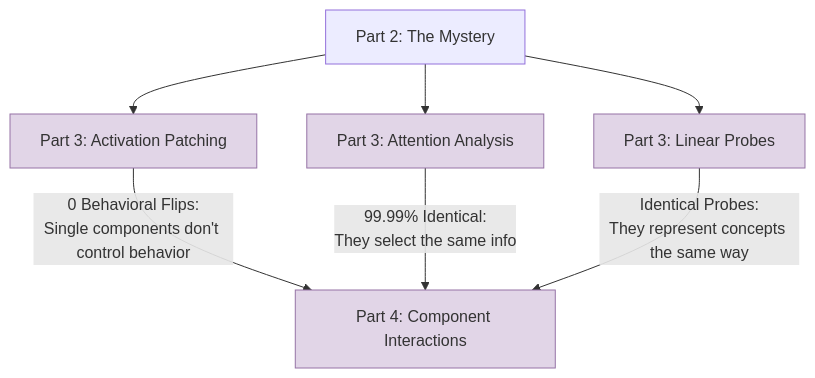
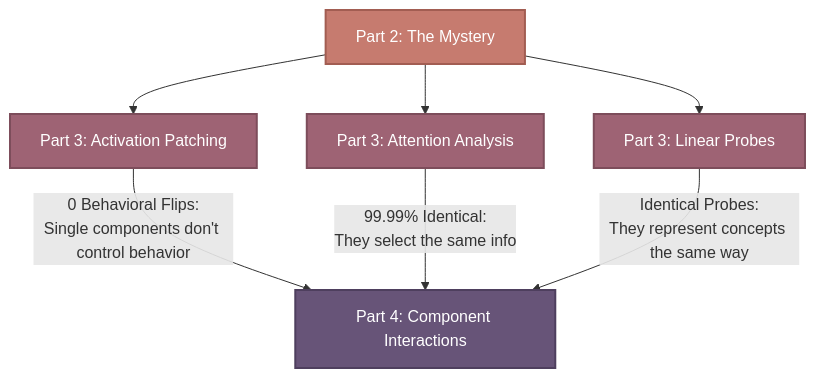
One commit to tylercrosse/LLM_morality changed the third of 5 diagrams in WRITE_UP.md. Above: the diagram before and after it, drawn with Mermaid. The commit also changed other lines of this file, not shown here.

Commit message:
Tweak Mermaid diagrams

````diff
--- a/WRITE_UP.md
+++ b/WRITE_UP.md
@@ -396,23 +403,21 @@
 ```mermaid
 graph TD
-    classDef setup fill:#f9f9f9,stroke:#666,stroke-width:1px;
-    classDef feature fill:#fff2cc,stroke:#d6b656,stroke-width:2px;
-    classDef test fill:#e1d5e7,stroke:#9673a6,stroke-width:1px;
-
-    %% Base Setup
-    class Mystery feature;
+    classDef mystery fill:#C67B6F,stroke:#a25d52,stroke-width:2px,color:#fff;
+    classDef test fill:#9E6374,stroke:#7d4d5b,stroke-width:2px,color:#fff;
+    classDef breakthrough fill:#675478,stroke:#4e3f5e,stroke-width:2px,color:#fff;
 
     %% Hypothesis Testing
     Mystery[Part 2: The Mystery] --> AP[Part 3: Activation Patching]
     Mystery[Part 2: The Mystery] --> Attn[Part 3: Attention Analysis]
     Mystery[Part 2: The Mystery] --> Probes[Part 3: Linear Probes]
 
     class AP,Attn,Probes test;
+    class Mystery mystery;
 
     %% Null Results -> New Hypothesis
     AP -- "0 Behavioral Flips:<br>Single components don't control behavior" --> Interact[Part 4: Component Interactions]
     Attn -- "99.99% Identical:<br>They select the same info" --> Interact
     Probes -- "Identical Probes:<br>They represent concepts the same way" --> Interact
 
-    class Interact test;
+    class Interact breakthrough;
 ```
````
